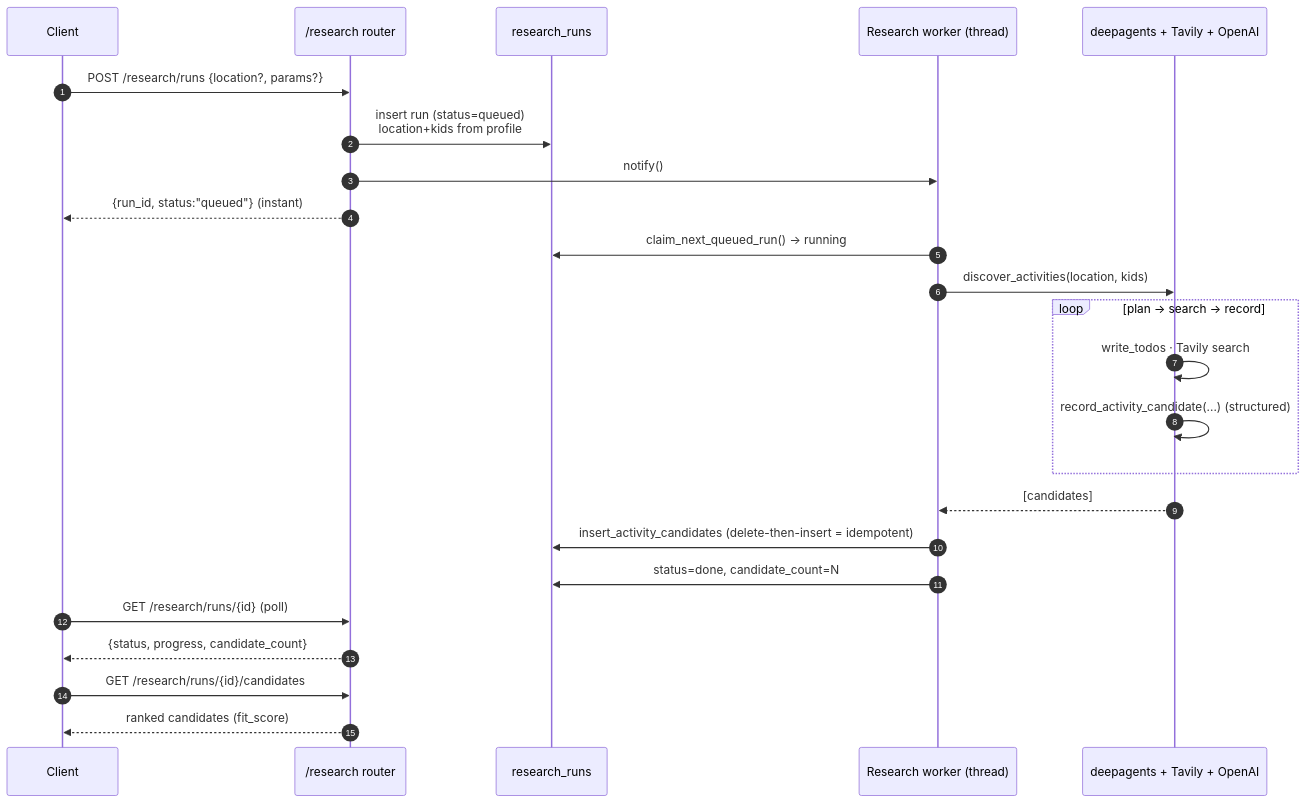
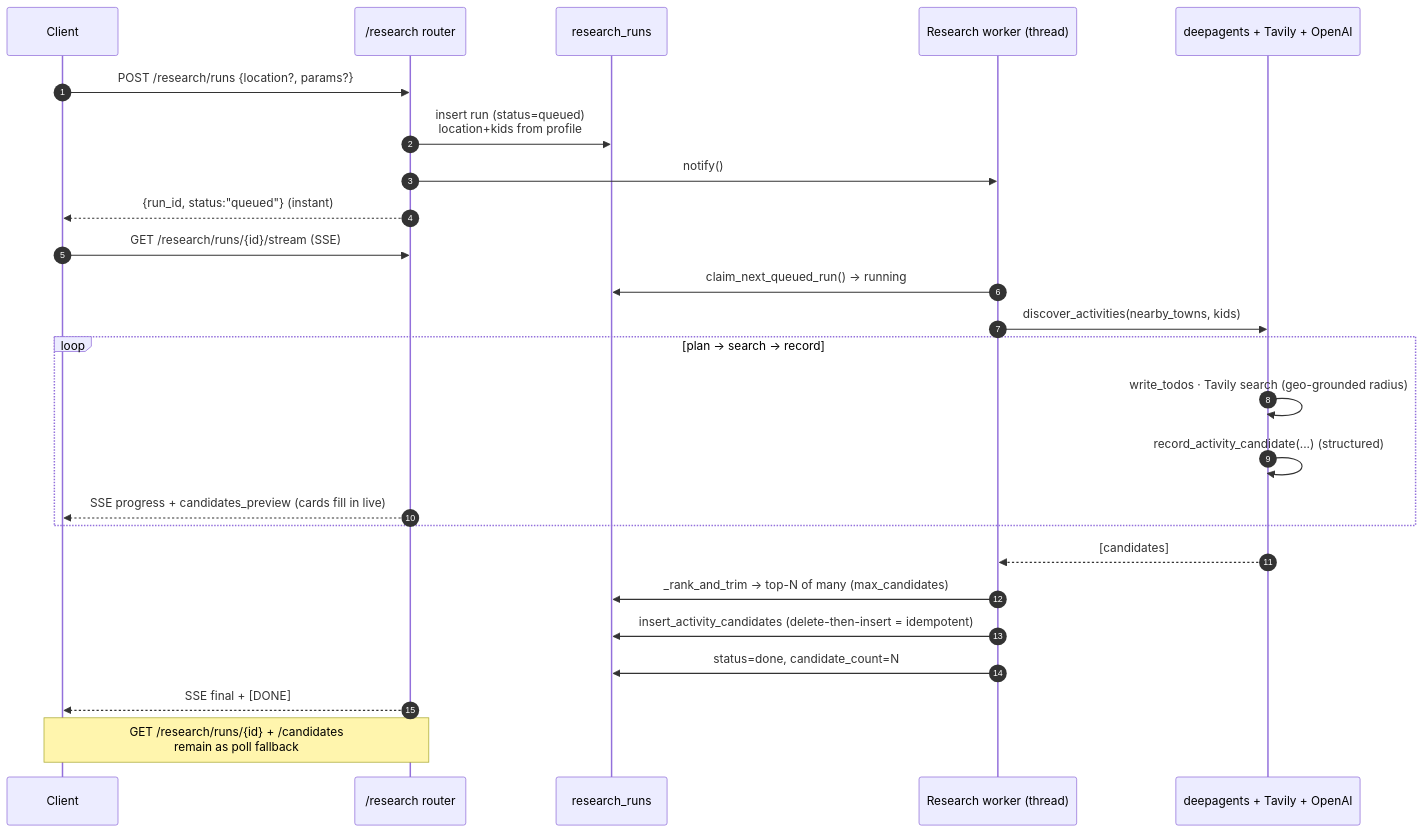
One commit to artesanobuilds/parent-app changed the third of 6 diagrams in docs/system-architecture.md. Above: the diagram before and after it, drawn with Mermaid. The commit also changed other lines of this file and 1 other file, not shown here.

First line of the commit message:
docs: refresh roadmap + system-architecture to shipped/deployed state

````diff
--- a/docs/system-architecture.md
+++ b/docs/system-architecture.md
@@ -121,29 +129,30 @@
 ```mermaid
 sequenceDiagram
     autonumber
     participant C as Client
     participant API as /research router
     participant DB as research_runs
     participant W as Research worker (thread)
     participant DA as deepagents + Tavily + OpenAI
 
     C->>API: POST /research/runs {location?, params?}
     API->>DB: insert run (status=queued)<br/>location+kids from profile
     API->>W: notify()
     API-->>C: {run_id, status:"queued"}  (instant)
 
+    C->>API: GET /research/runs/{id}/stream  (SSE)
     W->>DB: claim_next_queued_run() → running
-    W->>DA: discover_activities(location, kids)
+    W->>DA: discover_activities(nearby_towns, kids)
     loop plan → search → record
-        DA->>DA: write_todos · Tavily search
+        DA->>DA: write_todos · Tavily search (geo-grounded radius)
         DA->>DA: record_activity_candidate(...)  (structured)
+        API-->>C: SSE progress + candidates_preview (cards fill in live)
     end
     DA-->>W: [candidates]
+    W->>DB: _rank_and_trim → top-N of many (max_candidates)
     W->>DB: insert_activity_candidates (delete-then-insert = idempotent)
     W->>DB: status=done, candidate_count=N
+    API-->>C: SSE final + [DONE]
 
-    C->>API: GET /research/runs/{id}  (poll)
-    API-->>C: {status, progress, candidate_count}
-    C->>API: GET /research/runs/{id}/candidates
-    API-->>C: ranked candidates (fit_score)
+    Note over C,API: GET /research/runs/{id} + /candidates<br/>remain as poll fallback
 ```
````
